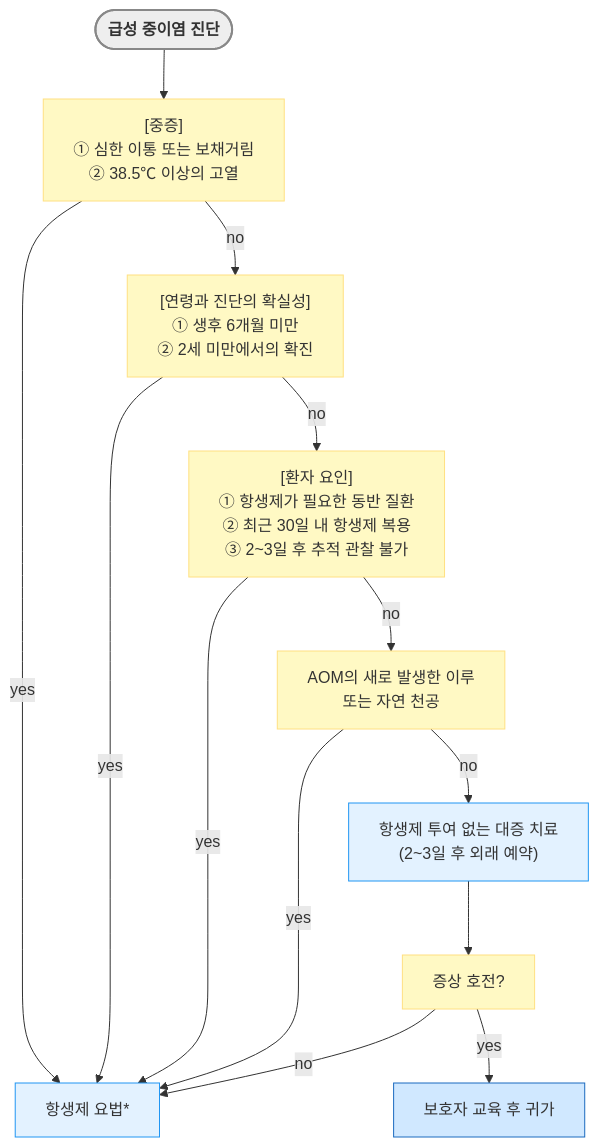
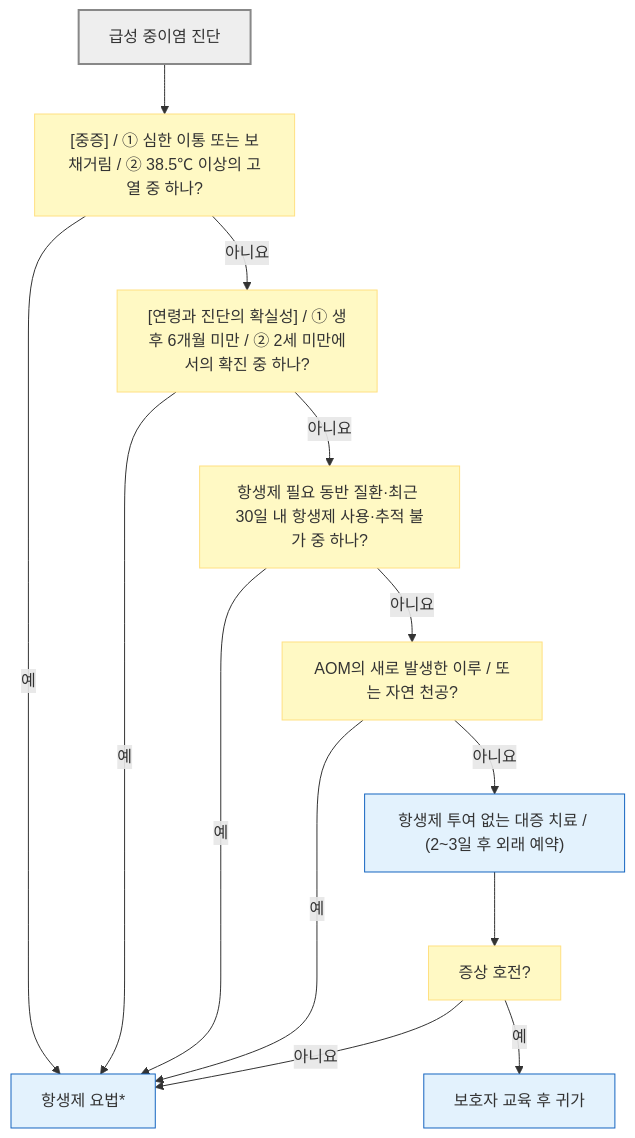
Before and after one commit to familyoh77/familyoh77: the second of 3 diagrams in 222_/049_1-aom.md, drawn with Mermaid. The commit also changed other lines of this file and 13 other files, not shown here.

````diff
--- a/222_/049_1-aom.md
+++ b/222_/049_1-aom.md
@@ -308,23 +332,24 @@
 ```mermaid
-graph TD
-    Start(["<b>급성 중이염 진단</b>"])
-    Severity["[중증]<br/>① 심한 이통 또는 보채거림<br/>② 38.5℃ 이상의 고열"]   
+flowchart TD
+    Start["급성 중이염 진단"]
+    Severity["[중증] / ① 심한 이통 또는 보채거림 / ② 38.5℃ 이상의 고열 중 하나?"]   
     Start --> Severity
-    Severity -- "yes" --> Antibiotics["항생제 요법*"]
-    Severity -- "no" --> Certainty["[연령과 진단의 확실성]<br/>① 생후 6개월 미만<br/>② 2세 미만에서의 확진"]
-    Certainty -- "yes" --> Antibiotics
-    Certainty -- "no" --> PatientFactor["[환자 요인]<br/>① 항생제가 필요한 동반 질환<br/>② 최근 30일 내 항생제 복용<br/>③ 2~3일 후 추적 관찰 불가"]
-    PatientFactor -- "yes" --> Antibiotics
-    PatientFactor -- "no" --> Otorrhea["AOM의 새로 발생한 이루 <br/>또는 자연 천공"]
-    Otorrhea -- "yes" --> Antibiotics
-    Otorrhea -- "no" --> Supportive["항생제 투여 없는 대증 치료<br/>(2~3일 후 외래 예약)"]
+    Severity -- "예" --> Antibiotics["항생제 요법*"]
+    Severity -- "아니요" --> Certainty["[연령과 진단의 확실성] / ① 생후 6개월 미만 / ② 2세 미만에서의 확진 중 하나?"]
+    Certainty -- "예" --> Antibiotics
+    Certainty -- "아니요" --> PatientFactor["항생제 필요 동반 질환·최근 30일 내 항생제 사용·추적 불가 중 하나?"]
+    PatientFactor -- "예" --> Antibiotics
+    PatientFactor -- "아니요" --> Otorrhea["AOM의 새로 발생한 이루 / 또는 자연 천공?"]
+    Otorrhea -- "예" --> Antibiotics
+    Otorrhea -- "아니요" --> Supportive["항생제 투여 없는 대증 치료 / (2~3일 후 외래 예약)"]
     Supportive --> Improvement["증상 호전?"]
-    Improvement -- "no" --> Antibiotics
-    Improvement -- "yes" --> Home["보호자 교육 후 귀가"]
-    style Start fill:#eeeeee,stroke:#888888,stroke-width:2px
-    style Home fill:#d0e8ff,stroke:#1a6abf
-    classDef sky fill:#e3f2ff,stroke:#2196f3
-    class Antibiotics,Supportive sky
-    classDef q fill:#fff9c4,stroke:#ffe082
-    class Severity,Certainty,PatientFactor,Otorrhea,Improvement q
+    Improvement -- "아니요" --> Antibiotics
+    Improvement -- "예" --> Home["보호자 교육 후 귀가"]
+    classDef start fill:#eee,stroke:#888,stroke-width:2px
+    classDef decision fill:#fff9c4,stroke:#ffe082
+    classDef urgent fill:#ffebee,stroke:#c62828,stroke-width:2px
+    classDef action fill:#e3f2fd,stroke:#1565c0
+    class Start start
+    class Severity,Certainty,PatientFactor,Otorrhea,Improvement decision
+    class Antibiotics,Supportive,Home action
 ```
````
